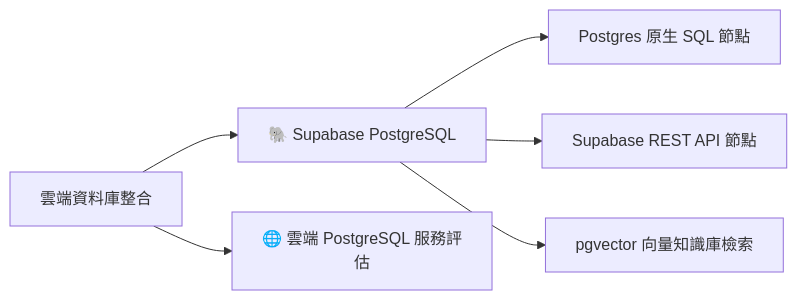
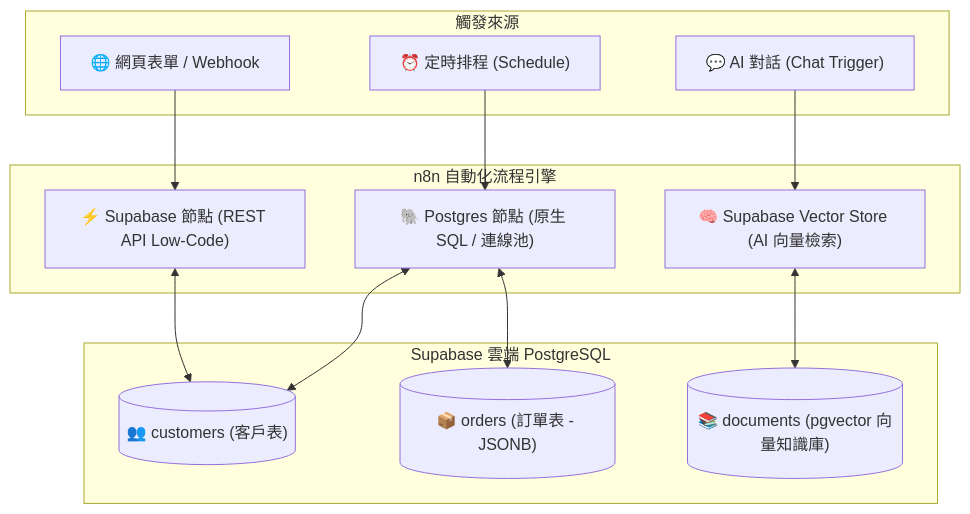
Before and after one commit to roberthsu2003/n8n: the diagram in 雲端資料庫整合/README.md, drawn with Mermaid. The commit also changed other lines of this file and 11 other files, not shown here.

````diff
--- a/雲端資料庫整合/README.md
+++ b/雲端資料庫整合/README.md
@@ -11,9 +23,29 @@
 ```mermaid
-graph LR
-    A["雲端資料庫整合"] --> B["🐘 Supabase PostgreSQL"]
-    A --> C["🌐 雲端 PostgreSQL 服務評估"]
-    
-    B --> B1["Postgres 原生 SQL 節點"]
-    B --> B2["Supabase REST API 節點"]
-    B --> B3["pgvector 向量知識庫檢索"]
+flowchart TD
+    subgraph Client_Trigger["觸發來源"]
+        Webform["🌐 網頁表單 / Webhook"]
+        Timer["⏰ 定時排程 (Schedule)"]
+        Chat["💬 AI 對話 (Chat Trigger)"]
+    end
+
+    subgraph n8n_Core["n8n 自動化流程引擎"]
+        PostgresNode["🐘 Postgres 節點 (原生 SQL / 連線池)"]
+        SupabaseNode["⚡ Supabase 節點 (REST API Low-Code)"]
+        VectorNode["🧠 Supabase Vector Store (AI 向量檢索)"]
+    end
+
+    subgraph Supabase_Cloud["Supabase 雲端 PostgreSQL"]
+        CustomersTable[("👥 customers (客戶表)")]
+        OrdersTable[("📦 orders (訂單表 - JSONB)")]
+        VectorTable[("📚 documents (pgvector 向量知識庫)")]
+    end
+
+    Webform --> SupabaseNode
+    Timer --> PostgresNode
+    Chat --> VectorNode
+
+    PostgresNode <--> CustomersTable
+    PostgresNode <--> OrdersTable
+    SupabaseNode <--> CustomersTable
+    VectorNode <--> VectorTable
 ```
````
